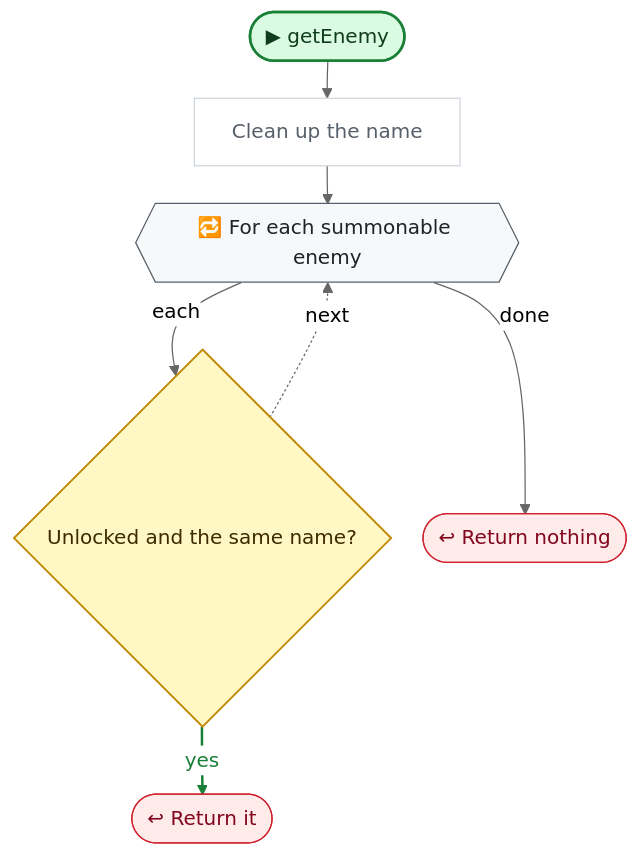
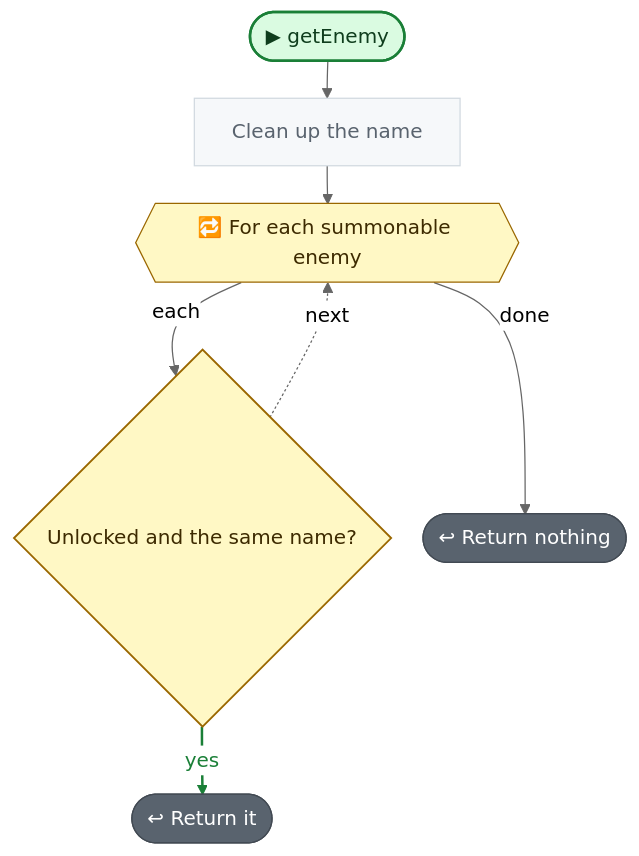
The fourth of 4 diagrams in CodeGraph~/graph/Connector/SummonDB.cs.md (nataiai/Lord-of-the-Dungeon), drawn with Mermaid (neutral theme) before and after one commit. The commit also changed other lines of this file and 57 other files, not shown here.

````diff
--- a/CodeGraph~/graph/Connector/SummonDB.cs.md
+++ b/CodeGraph~/graph/Connector/SummonDB.cs.md
@@ -146,42 +148,42 @@
 ```mermaid
 ---
 config:
   flowchart:
     wrappingWidth: 260
     nodeSpacing: 26
     rankSpacing: 30
 ---
 flowchart TD
   nS(["▶ getEnemy"])
   n555459["Clean up the name"]
   nc7ea8e{{"🔁 For each summonable enemy"}}
   nb287f9{"Unlocked and the same name?"}
   nb5db5c(["↩ Return it"])
   neebe27(["↩ Return nothing"])
   nS --> n555459
   n555459 --> nc7ea8e
   nc7ea8e -->|each| nb287f9
   nb287f9 -->|yes| nb5db5c
   nb287f9 -.->|next| nc7ea8e
   nc7ea8e -->|done| neebe27
   linkStyle 3 stroke:#1a7f37,stroke-width:2px,color:#1a7f37
   classDef unity fill:#dafbe1,stroke:#1a7f37,stroke-width:2px,color:#0f3d1d
   classDef start fill:#dafbe1,stroke:#1a7f37,stroke-width:2px,color:#0f3d1d
-  classDef calc fill:#ffffff,stroke:#d0d7de,color:#57606a
+  classDef calc fill:#f6f8fa,stroke:#d1d9e0,color:#59636e
   classDef calls fill:#ddf4ff,stroke:#0969da,stroke-width:2px,color:#0a3069
-  classDef ext fill:#ddf4ff,stroke:#0969da,stroke-width:2px,stroke-dasharray:5 3,color:#0a3069
-  classDef cond fill:#fff8c5,stroke:#bf8700,stroke-width:1.5px,color:#3d2a00
-  classDef loop fill:#f6f8fa,stroke:#57606a,color:#1f2328
-  classDef exit fill:#ffebe9,stroke:#cf222e,color:#82071e
+  classDef ext fill:#f6f8fa,stroke:#59636e,stroke-width:1.5px,stroke-dasharray:5 5,color:#1f2328
+  classDef cond fill:#fff8c5,stroke:#9a6700,stroke-width:1.5px,color:#3d2a00
+  classDef loop fill:#fff8c5,stroke:#9a6700,color:#3d2a00
+  classDef wait fill:#fff8c5,stroke:#9a6700,color:#3d2a00
+  classDef exit fill:#59636e,stroke:#424a53,color:#ffffff
+  classDef fin fill:#59636e,stroke:#424a53,color:#ffffff
+  classDef act fill:#ffffff,stroke:#59636e,stroke-width:1.5px,color:#1f2328
   classDef kill fill:#ffebe9,stroke:#cf222e,stroke-width:2px,color:#82071e
-  classDef spawn fill:#dafbe1,stroke:#1a7f37,stroke-width:2px,color:#0f3d1d
-  classDef wait fill:#fff1e5,stroke:#bc4c00,color:#4d1d00
-  classDef fin fill:#eaeef2,stroke:#8c959f,color:#57606a
   classDef join fill:#d0d7de,stroke:#8c959f,color:#57606a
   classDef ghdr fill:#f5f9ff,stroke:#f5f9ff,color:#0a3069,font-weight:bold
   class n555459 calc
   class nb287f9 cond
   class nb5db5c,neebe27 exit
   class nc7ea8e loop
   class nS start
 ```
````
